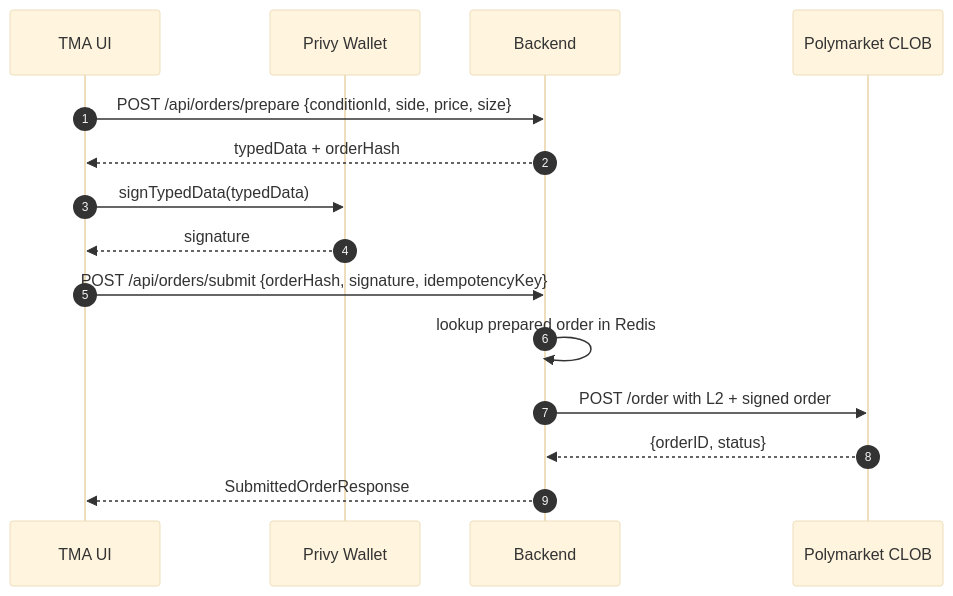
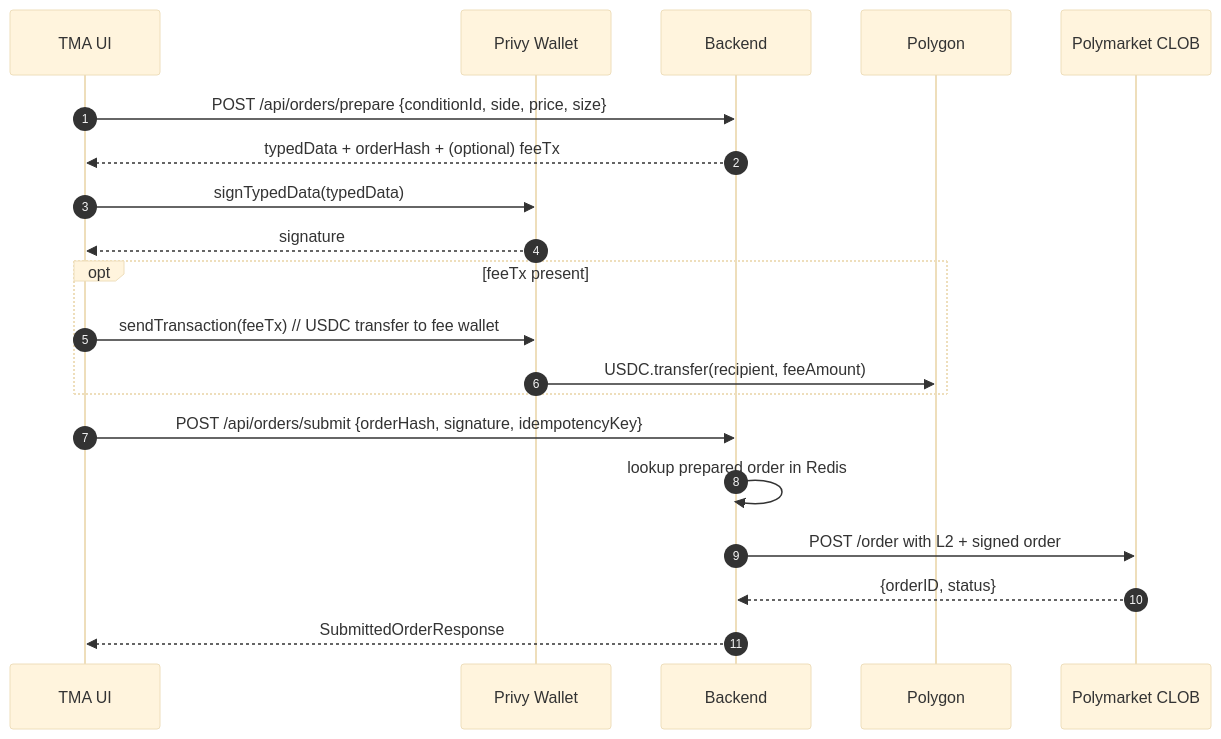
The first of 2 diagrams in docs/trading.md (negriyd/polymarket-tma), drawn with Mermaid (base theme) before and after one commit. The commit also changed other lines of this file and 41 other files, not shown here.

````diff
--- a/docs/trading.md
+++ b/docs/trading.md
@@ -34,18 +38,23 @@
 ```mermaid
 sequenceDiagram
     autonumber
     participant U as TMA UI
     participant P as Privy Wallet
     participant B as Backend
+    participant POL as Polygon
     participant C as Polymarket CLOB
 
     U->>B: POST /api/orders/prepare {conditionId, side, price, size}
-    B-->>U: typedData + orderHash
+    B-->>U: typedData + orderHash + (optional) feeTx
     U->>P: signTypedData(typedData)
     P-->>U: signature
+    opt feeTx present
+        U->>P: sendTransaction(feeTx)  // USDC transfer to fee wallet
+        P->>POL: USDC.transfer(recipient, feeAmount)
+    end
     U->>B: POST /api/orders/submit {orderHash, signature, idempotencyKey}
     B->>B: lookup prepared order in Redis
     B->>C: POST /order with L2 + signed order
     C-->>B: {orderID, status}
     B-->>U: SubmittedOrderResponse
 ```
````
